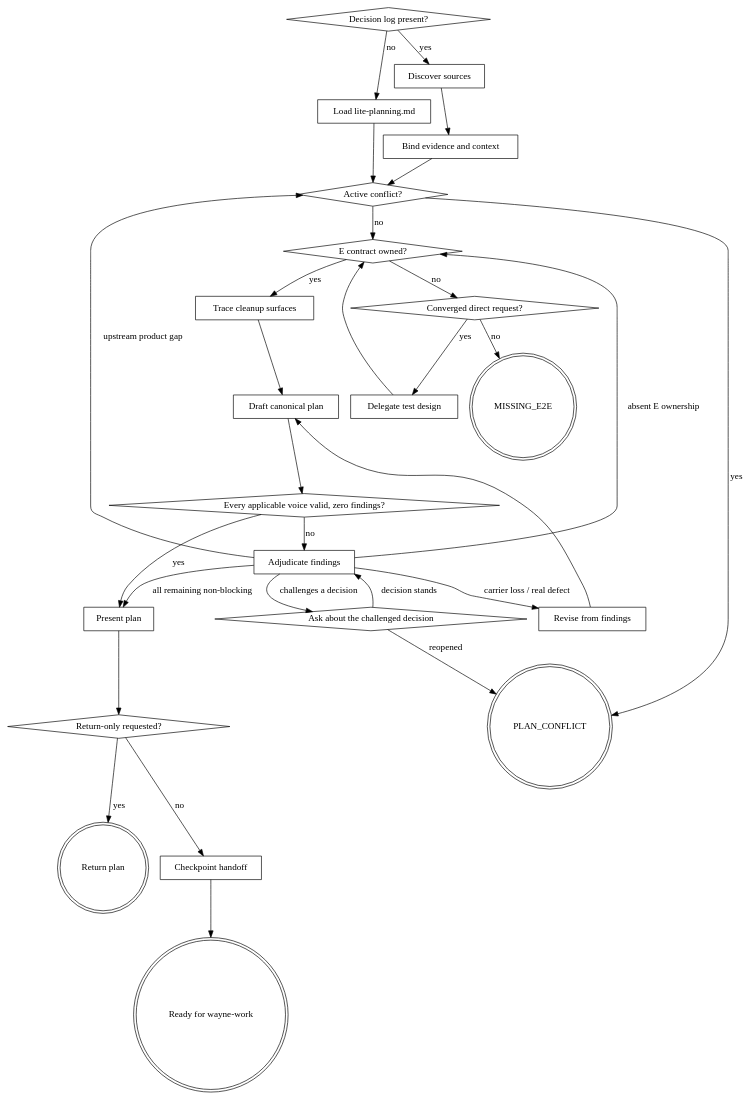
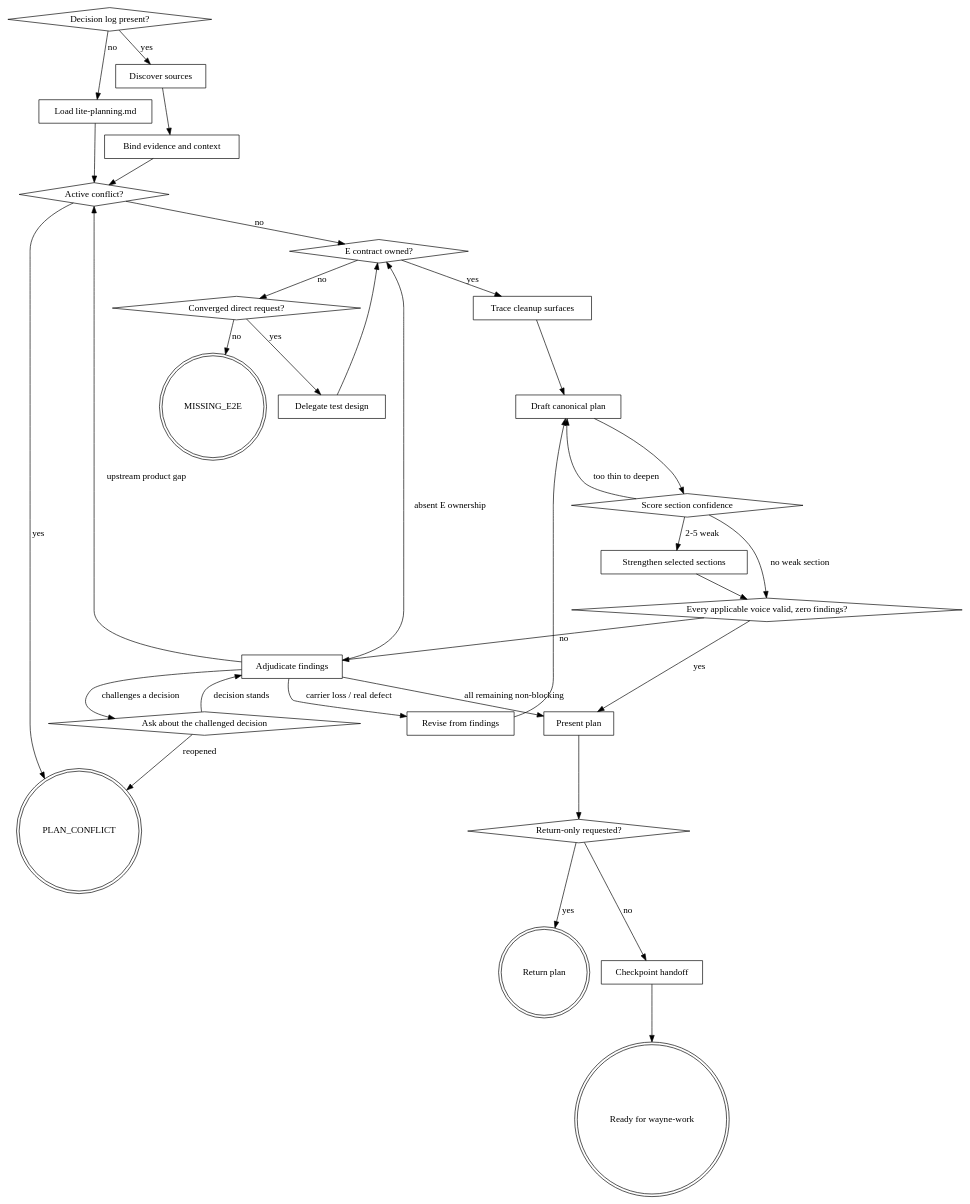
The diagram in wayne-plan/SKILL.md (waynejing995/wayne-taste), drawn with Graphviz before and after one commit. The commit also changed other lines of this file and 8 other files, not shown here.

````diff
--- a/wayne-plan/SKILL.md
+++ b/wayne-plan/SKILL.md
@@ -26,55 +26,61 @@
 ```dot
 digraph wayne_plan {
     rankdir=TB;
     S [label="Decision log present?", shape=diamond];
     LT [label="Load lite-planning.md", shape=box];
     A [label="Discover sources", shape=box];
     B [label="Bind evidence and context", shape=box];
     C [label="Active conflict?", shape=diamond];
     X [label="PLAN_CONFLICT", shape=doublecircle];
     D [label="E contract owned?", shape=diamond];
     O [label="Converged direct request?", shape=diamond];
     T [label="Delegate test design", shape=box];
     Y [label="MISSING_E2E", shape=doublecircle];
     E [label="Trace cleanup surfaces", shape=box];
     F [label="Draft canonical plan", shape=box];
+    DP [label="Score section confidence", shape=diamond];
+    DS [label="Strengthen selected sections", shape=box];
     G [label="Every applicable voice valid, zero findings?", shape=diamond];
     ADJ [label="Adjudicate findings", shape=box];
     N [label="Ask about the challenged decision", shape=diamond];
     H [label="Revise from findings", shape=box];
     J [label="Present plan", shape=box];
     K [label="Return-only requested?", shape=diamond];
     R [label="Return plan", shape=doublecircle];
     L [label="Checkpoint handoff", shape=box];
     W [label="Ready for wayne-work", shape=doublecircle];
 
     S -> A [label="yes"];
     S -> LT [label="no"];
     LT -> C;
     A -> B;
     B -> C;
     C -> X [label="yes"];
     C -> D [label="no"];
     D -> O [label="no"];
     O -> T [label="yes"];
     O -> Y [label="no"];
     T -> D;
     D -> E [label="yes"];
     E -> F;
-    F -> G;
+    F -> DP;
+    DP -> G [label="no weak section"];
+    DP -> DS [label="2-5 weak"];
+    DP -> F [label="too thin to deepen"];
+    DS -> G;
     G -> J [label="yes"];
     G -> ADJ [label="no"];
     ADJ -> H [label="carrier loss / real defect"];
     ADJ -> N [label="challenges a decision"];
     ADJ -> C [label="upstream product gap"];
     ADJ -> D [label="absent E ownership"];
     ADJ -> J [label="all remaining non-blocking"];
     N -> ADJ [label="decision stands"];
     N -> X [label="reopened"];
     H -> F;
     J -> K;
     K -> R [label="yes"];
     K -> L [label="no"];
     L -> W;
 }
 ```
````
